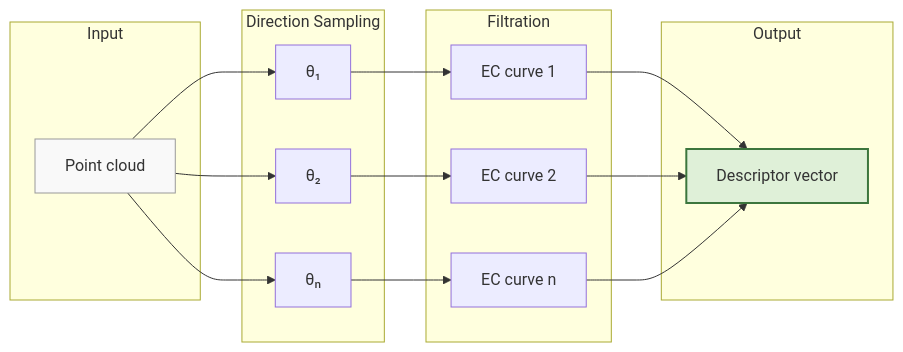
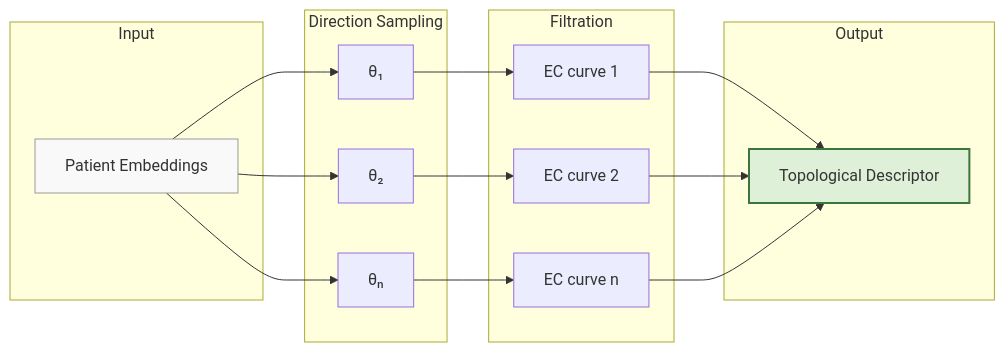
Before and after one commit to Krv-Labs/trailed: the first of 2 diagrams in docs/source/overview.rst, drawn with Mermaid. The commit also changed other lines of this file and 5 other files, not shown here.

```diff
--- a/docs/source/overview.rst
+++ b/docs/source/overview.rst
@@ -19,35 +48,35 @@
 .. mermaid::
 
    graph LR
       subgraph "Input"
-         A["Point cloud"]
+         A["Patient Embeddings"]
       end
 
       subgraph "Direction Sampling"
          B1["θ₁"]
          B2["θ₂"]
          B3["θₙ"]
       end
 
       subgraph "Filtration"
          C1["EC curve 1"]
          C2["EC curve 2"]
          C3["EC curve n"]
       end
 
       subgraph "Output"
-         D["Descriptor vector"]
+         D["Topological Descriptor"]
       end
 
       A --> B1
       A --> B2
       A --> B3
       B1 --> C1
       B2 --> C2
       B3 --> C3
       C1 --> D
       C2 --> D
       C3 --> D
 
       style A fill:#f9f9f9,stroke:#999
       style D fill:#DFF0D8,stroke:#3C763D,stroke-width:2px
```
